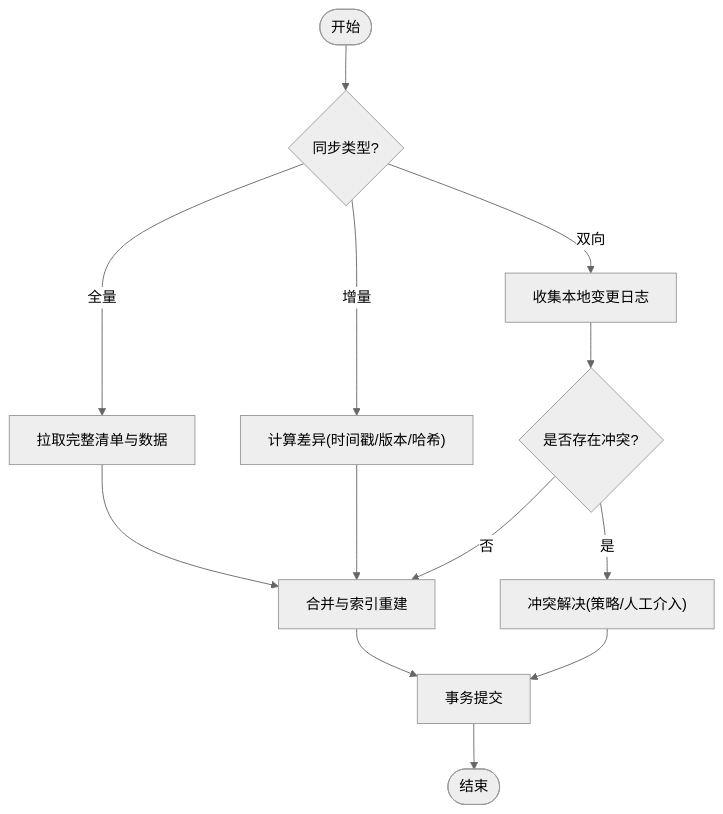
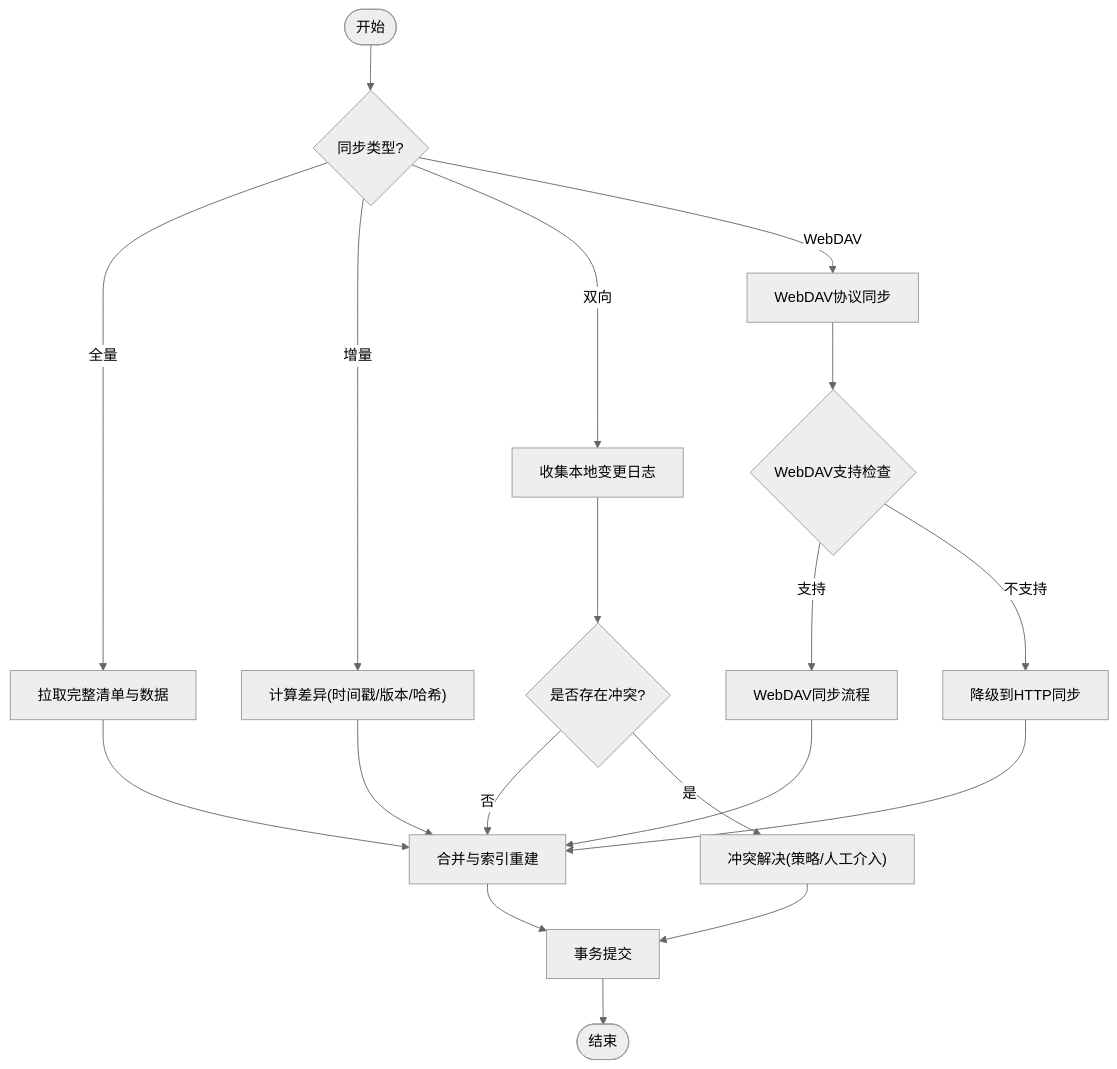
Before and after one commit to ZhangGHGitHub/LegadoTeamFlutter: the third of 11 diagrams in .qoder/repowiki/zh/content/架构设计/分层架构设计/数据访问层/数据同步机制.md, drawn with Mermaid (neutral theme). The commit also changed other lines of this file and 66 other files, not shown here.

````diff
--- a/.qoder/repowiki/zh/content/架构设计/分层架构设计/数据访问层/数据同步机制.md
+++ b/.qoder/repowiki/zh/content/架构设计/分层架构设计/数据访问层/数据同步机制.md
@@ -162,15 +185,21 @@
 ```mermaid
 flowchart TD
 Start(["开始"]) --> Type{"同步类型?"}
 Type --> |全量| Full["拉取完整清单与数据"]
 Type --> |增量| Inc["计算差异(时间戳/版本/哈希)"]
 Type --> |双向| Bi["收集本地变更日志"]
+Type --> |WebDAV| WebDAV["WebDAV协议同步"]
 Full --> Merge["合并与索引重建"]
 Inc --> Merge
 Bi --> Conflict{"是否存在冲突?"}
 Conflict --> |否| Merge
 Conflict --> |是| Resolve["冲突解决(策略/人工介入)"]
+WebDAV --> WebDAVCheck{"WebDAV支持检查"}
+WebDAVCheck --> |支持| WebDAVSync["WebDAV同步流程"]
+WebDAVCheck --> |不支持| Fallback["降级到HTTP同步"]
+WebDAVSync --> Merge
+Fallback --> Merge
 Merge --> Commit["事务提交"]
 Resolve --> Commit
 Commit --> End(["结束"])
 ```
````
